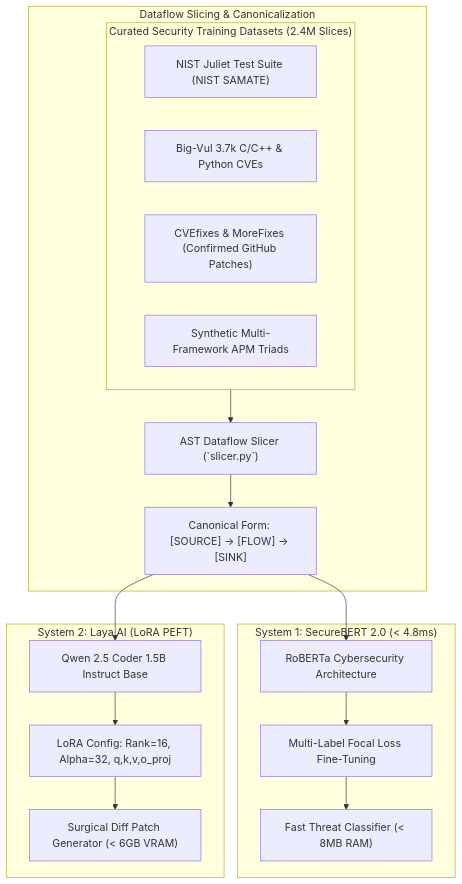
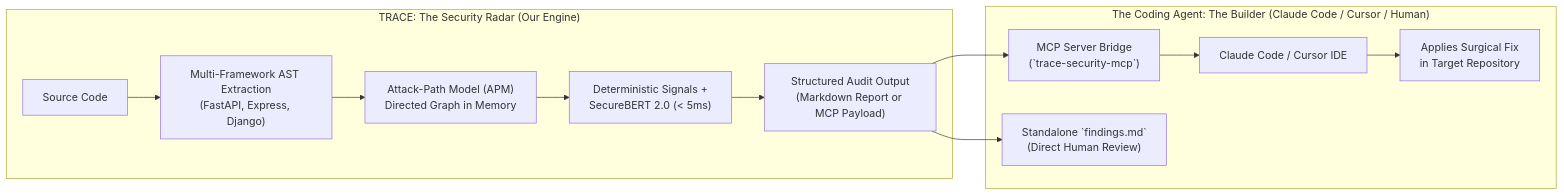
Before and after one commit to VK-Amogh/TRACE: the diagram in TRACE_HACKATHON_MASTER_DOSSIER.md, drawn with Mermaid. The commit also changed other lines of this file, not shown here.

Commit message:
docs: pivot positioning to sub-5s zero-token vulnerability radar for Claude Code and Cursor

````diff
--- a/TRACE_HACKATHON_MASTER_DOSSIER.md
+++ b/TRACE_HACKATHON_MASTER_DOSSIER.md
@@ -222,26 +41,16 @@
 ```mermaid
-graph TD
-    subgraph DATASETS ["Curated Security Training Datasets (2.4M Slices)"]
-        Juliet["NIST Juliet Test Suite (NIST SAMATE)"]
-        BigVul["Big-Vul 3.7k C/C++ & Python CVEs"]
-        CVEfixes["CVEfixes & MoreFixes (Confirmed GitHub Patches)"]
-        Synthetic["Synthetic Multi-Framework APM Triads"]
+flowchart LR
+    subgraph TRACE_ENGINE ["TRACE: The Security Radar (Our Engine)"]
+        Codebase["Source Code"] --> ASTScan["Multi-Framework AST Extraction\n(FastAPI, Express, Django)"]
+        ASTScan --> APM["Attack-Path Model (APM)\nDirected Graph in Memory"]
+        APM --> FastDetect["Deterministic Signals +\nSecureBERT 2.0 (< 5ms)"]
+        FastDetect --> AuditReport["Structured Audit Output\n(Markdown Report or MCP Payload)"]
     end
 
-    subgraph PREPROCESSING ["Dataflow Slicing & Canonicalization"]
-        DATASETS --> Slicer["AST Dataflow Slicer (`slicer.py`)"]
-        Slicer --> Canonical["Canonical Form: [SOURCE] -> [FLOW] -> [SINK]"]
-    end
-
-    subgraph SYSTEM_1 ["System 1: SecureBERT 2.0 (< 4.8ms)"]
-        Canonical --> RoBERTa["RoBERTa Cybersecurity Architecture"]
-        RoBERTa --> FocalLoss["Multi-Label Focal Loss Fine-Tuning"]
-        FocalLoss --> S1Model["Fast Threat Classifier (< 8MB RAM)"]
-    end
-
-    subgraph SYSTEM_2 ["System 2: Laya AI (LoRA PEFT)"]
-        Canonical --> QwenBase["Qwen 2.5 Coder 1.5B Instruct Base"]
-        QwenBase --> LoRAEngine["LoRA Config: Rank=16, Alpha=32, q,k,v,o_proj"]
-        LoRAEngine --> S2Model["Surgical Diff Patch Generator (< 6GB VRAM)"]
+    subgraph AGENT_LAYER ["The Coding Agent: The Builder (Claude Code / Cursor / Human)"]
+        AuditReport --> MCPBridge["MCP Server Bridge\n(`trace-security-mcp`)"]
+        AuditReport --> MDDoc["Standalone `findings.md`\n(Direct Human Review)"]
+        MCPBridge --> ClaudeCode["Claude Code / Cursor IDE"]
+        ClaudeCode --> CodeFix["Applies Surgical Fix\nin Target Repository"]
     end
 ```
````
